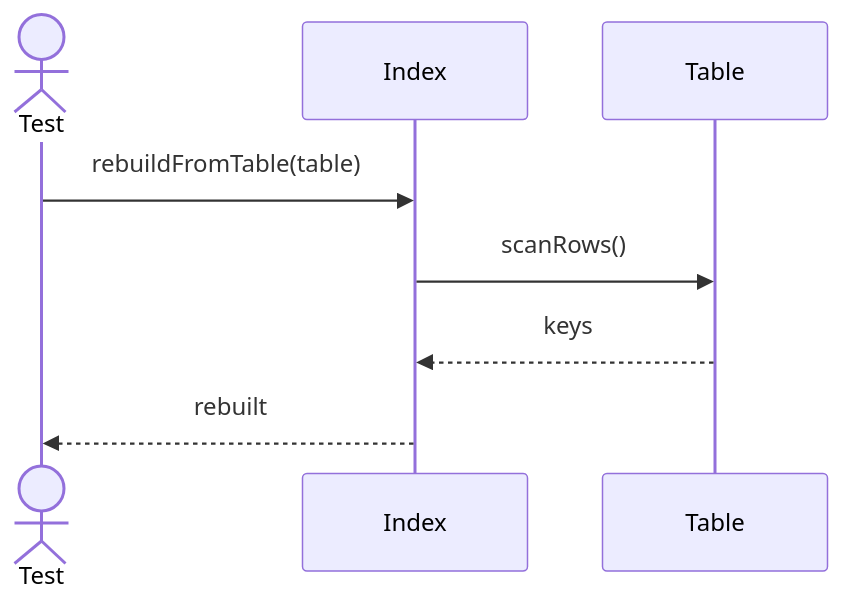
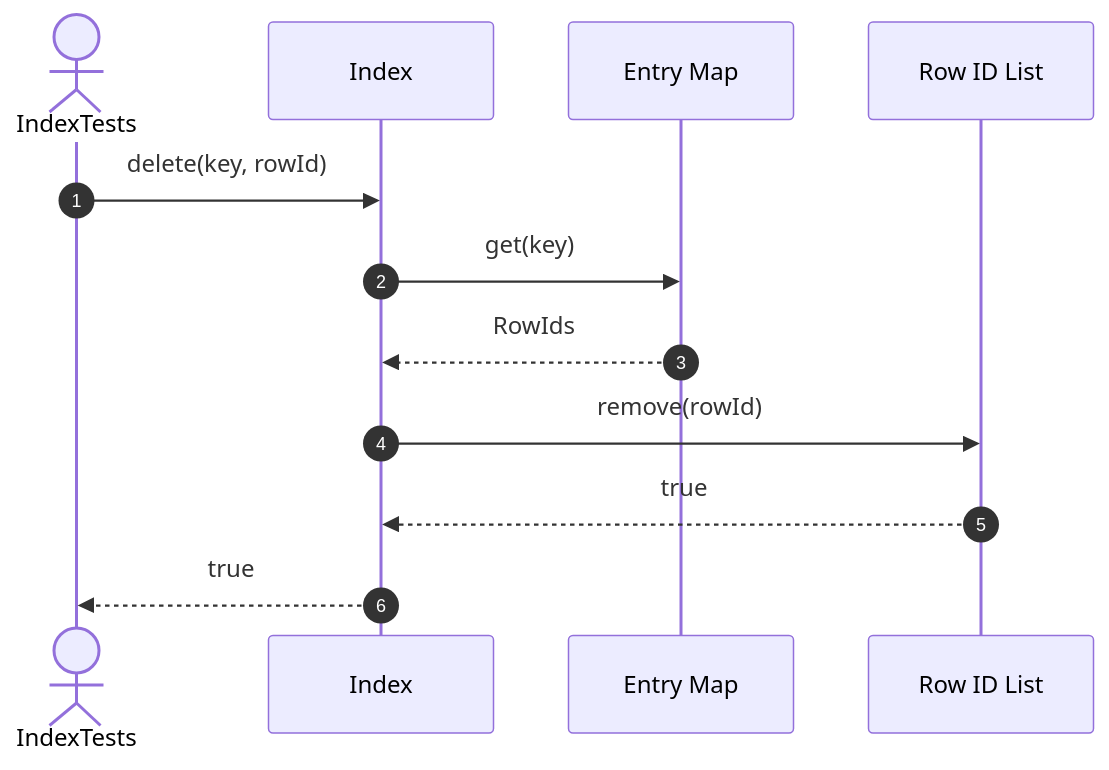
Before and after one commit to FhuAnn/-bbv-AN-s-DBMS: the tenth of 15 diagrams in src/tests/unit/metadata/sequences/indexs-testing.se.md, drawn with Mermaid. The commit also changed other lines of this file and 60 other files, not shown here.

Commit message:
refactor data table, row, column, constraint, index test file

````diff
--- a/src/tests/unit/metadata/sequences/indexs-testing.se.md
+++ b/src/tests/unit/metadata/sequences/indexs-testing.se.md
@@ -277,11 +162,15 @@
 ```mermaid
 sequenceDiagram
-actor Test
-participant Index
-participant Table
+    autonumber
+    actor Test as IndexTests
+    participant Index as Index
+    participant Entries as Entry Map
+    participant RowIds as Row ID List
 
-Test->>Index: rebuildFromTable(table)
-Index->>Table: scanRows()
-Table-->>Index: keys
-Index-->>Test: rebuilt
+    Test->>Index: delete(key, rowId)
+    Index->>Entries: get(key)
+    Entries-->>Index: RowIds
+    Index->>RowIds: remove(rowId)
+    RowIds-->>Index: true
+    Index-->>Test: true
 ```
````
